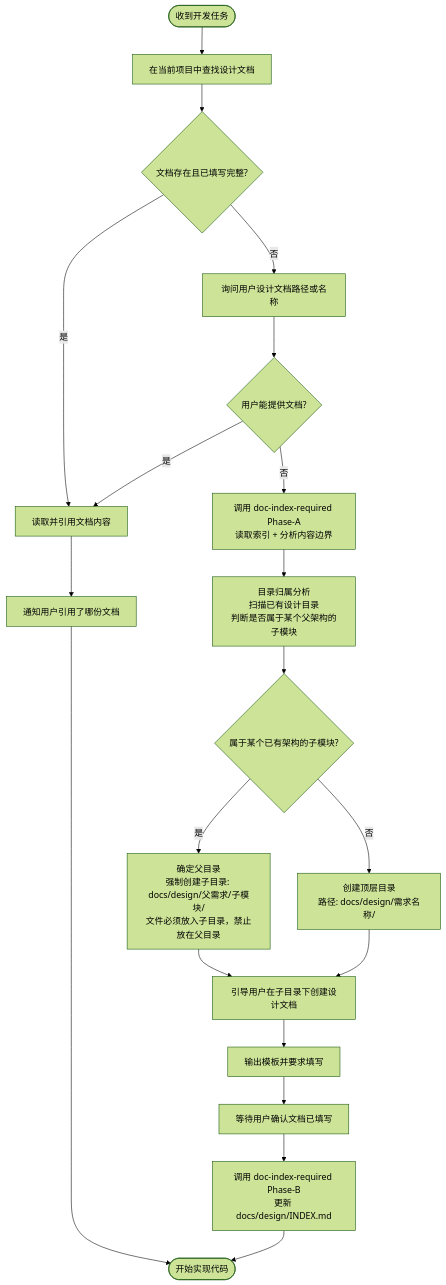
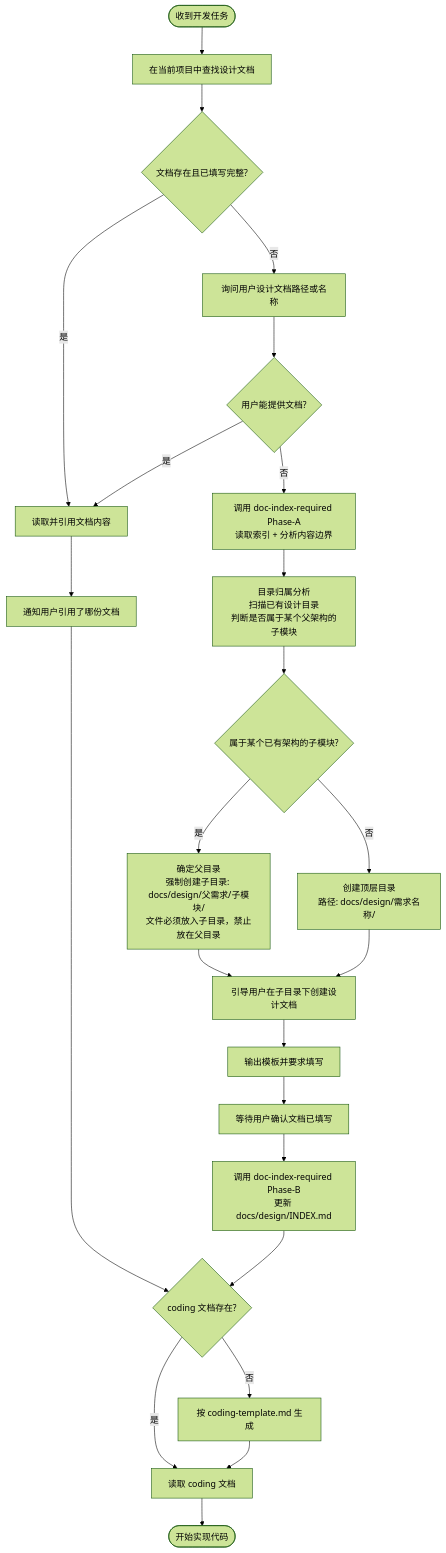
The diagram in skills/design-doc-required/SKILL.md (exception-coder/team-standards), drawn with Mermaid (forest theme) before and after one commit. The commit also changed other lines of this file and 13 other files, not shown here.

````diff
--- a/skills/design-doc-required/SKILL.md
+++ b/skills/design-doc-required/SKILL.md
@@ -24,22 +26,26 @@
 ```mermaid
 flowchart TD
     A(["收到开发任务"]) --> B["在当前项目中查找设计文档"]
     B --> C{"文档存在且已填写完整?"}
     C -->|"是"| D["读取并引用文档内容"]
     D --> E["通知用户引用了哪份文档"]
-    E --> Z(["开始实现代码"])
+    E --> CODING{"coding 文档存在?"}
+    CODING -->|"是"| CODING_READ["读取 coding 文档"]
+    CODING -->|"否"| CODING_GEN["按 coding-template.md 生成"]
+    CODING_GEN --> CODING_READ
+    CODING_READ --> Z(["开始实现代码"])
     C -->|"否"| F["询问用户设计文档路径或名称"]
     F --> G{"用户能提供文档?"}
     G -->|"是"| D
     G -->|"否"| IDX_A["调用 doc-index-required Phase-A\n读取索引 + 分析内容边界"]
     IDX_A --> BELONG["目录归属分析\n扫描已有设计目录\n判断是否属于某个父架构的子模块"]
     BELONG --> BELONG_Q{"属于某个已有架构的子模块?"}
     BELONG_Q -->|"是"| NEST["确定父目录\n强制创建子目录: docs/design/父需求/子模块/\n文件必须放入子目录，禁止放在父目录"]
     BELONG_Q -->|"否"| FLAT["创建顶层目录\n路径: docs/design/需求名称/"]
     NEST --> H["引导用户在子目录下创建设计文档"]
     FLAT --> H
     H --> I["输出模板并要求填写"]
     I --> J["等待用户确认文档已填写"]
     J --> IDX_B["调用 doc-index-required Phase-B\n更新 docs/design/INDEX.md"]
-    IDX_B --> Z
+    IDX_B --> CODING
 ```
````
